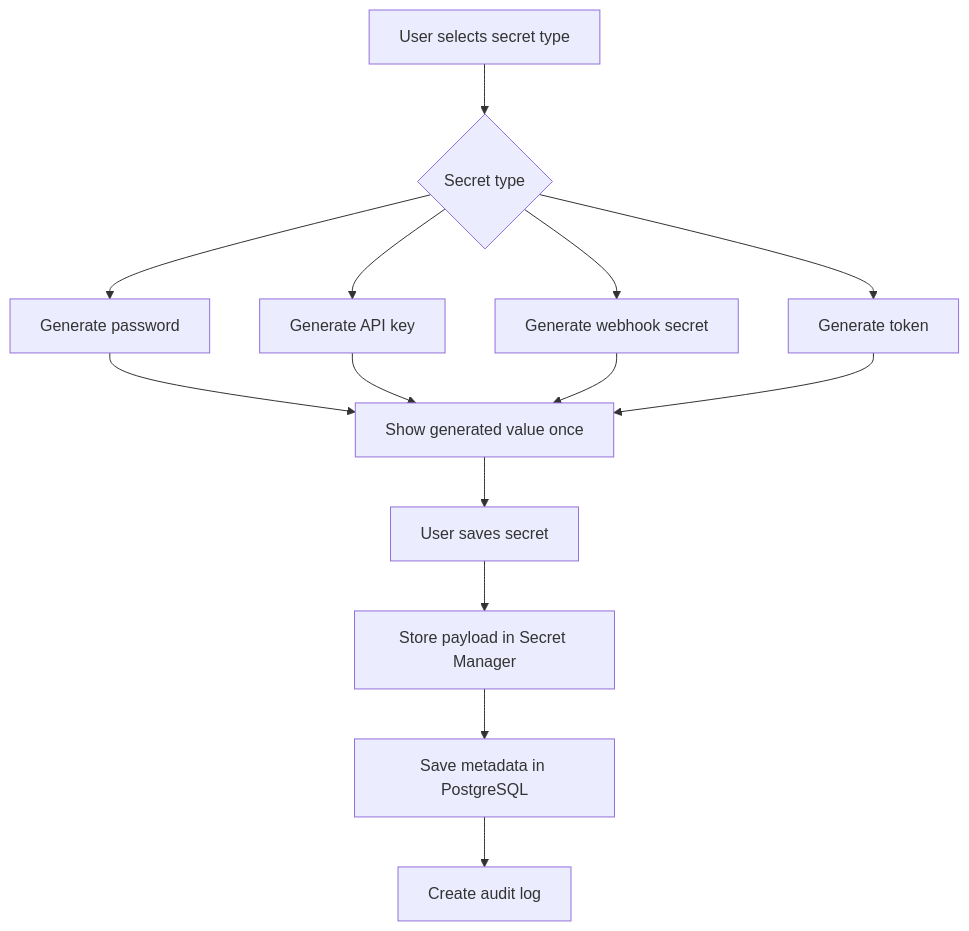
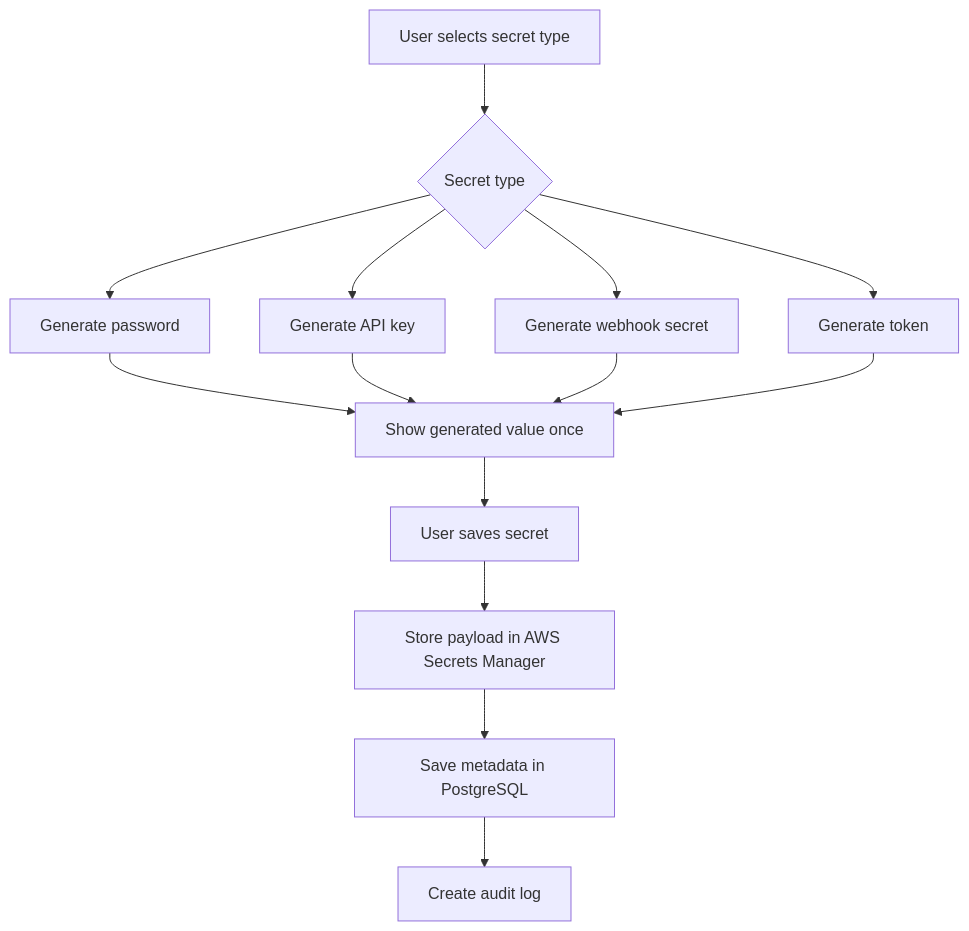
Before and after one commit to shashankpatil-dev/tijoir: the fifth of 10 diagrams in docs/product-spec.md, drawn with Mermaid. The commit also changed other lines of this file and 48 other files, not shown here.

````diff
--- a/docs/product-spec.md
+++ b/docs/product-spec.md
@@ -773,16 +773,16 @@
 ```mermaid
 flowchart TD
     A[User selects secret type] --> B{Secret type}
     B --> C[Generate password]
     B --> D[Generate API key]
     B --> E[Generate webhook secret]
     B --> F[Generate token]
     C --> G[Show generated value once]
     D --> G
     E --> G
     F --> G
     G --> H[User saves secret]
-    H --> I[Store payload in Secret Manager]
+    H --> I[Store payload in AWS Secrets Manager]
     I --> J[Save metadata in PostgreSQL]
     J --> K[Create audit log]
 ```
````
